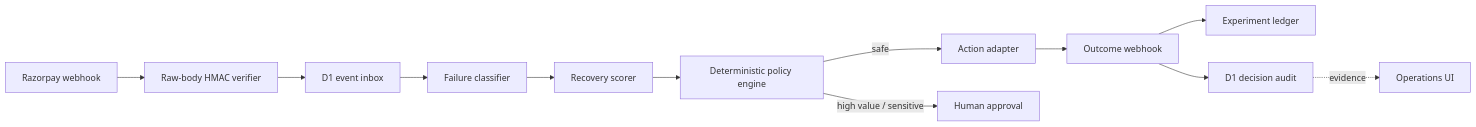
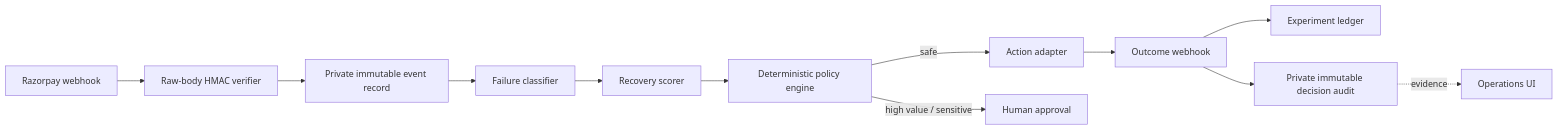
One commit to ReaperXD67/revive-ai changed the diagram in README.md. Above: the diagram before and after it, drawn with Mermaid. The commit also changed other lines of this file and 43 other files, not shown here.

````diff
--- a/README.md
+++ b/README.md
@@ -67,14 +67,14 @@
 ```mermaid
 flowchart LR
     R[Razorpay webhook] --> H[Raw-body HMAC verifier]
-    H --> I[D1 event inbox]
+    H --> I[Private immutable event record]
     I --> C[Failure classifier]
     C --> S[Recovery scorer]
     S --> P[Deterministic policy engine]
     P -->|safe| A[Action adapter]
     P -->|high value / sensitive| U[Human approval]
     A --> O[Outcome webhook]
     O --> X[Experiment ledger]
-    O --> D[D1 decision audit]
+    O --> D[Private immutable decision audit]
     D -. evidence .-> UI[Operations UI]
 ```
````
